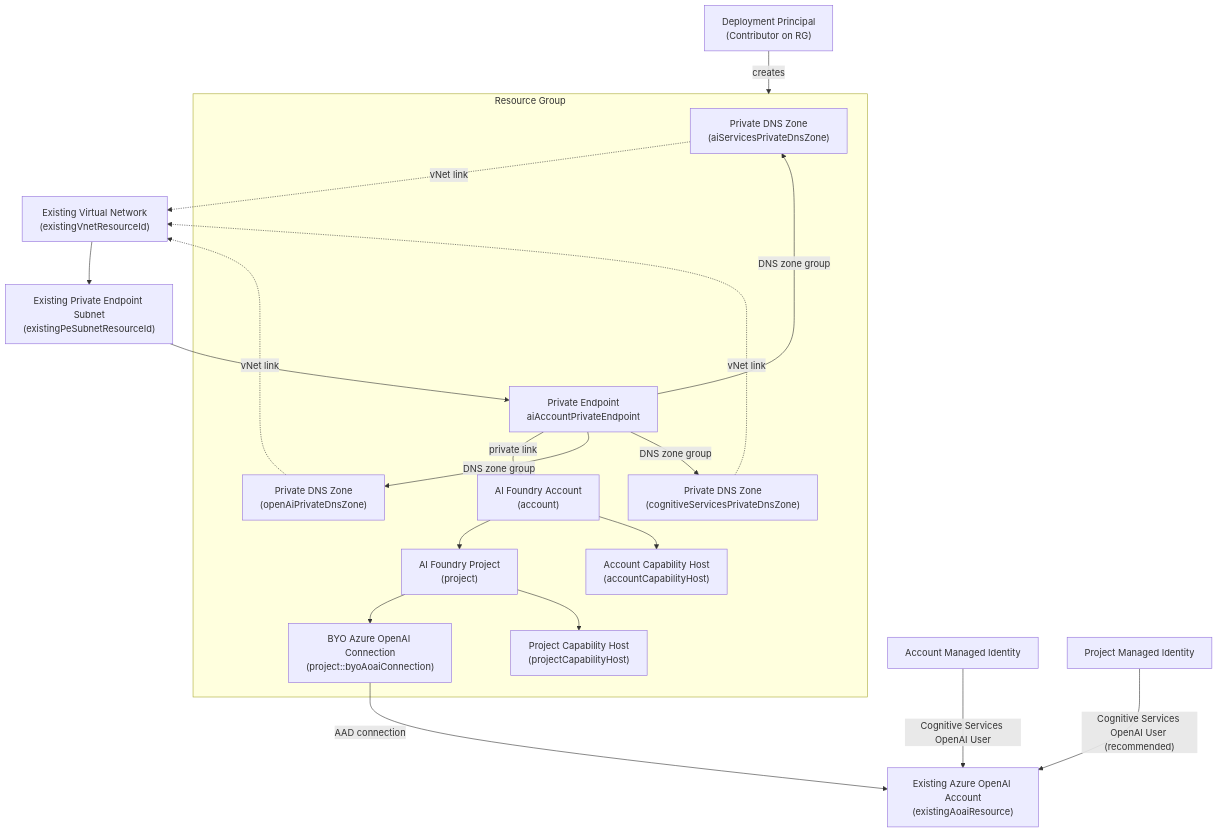
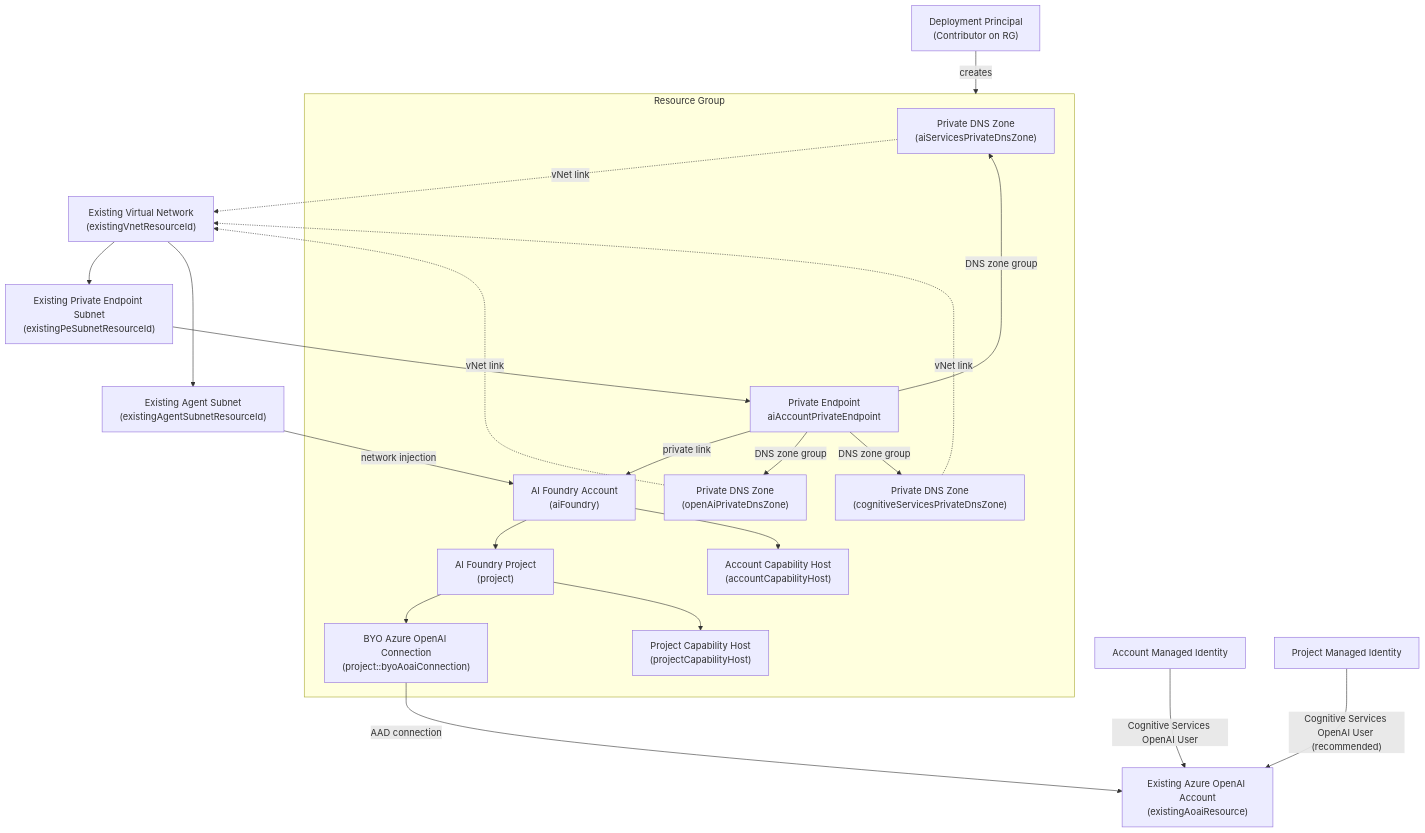
The diagram in Administration/Deployment_Configs/BYO_AOAI_wExisting_VNet/bicep/README.md (jakeatmsft/ai-foundry-craftkit), drawn with Mermaid before and after one commit. The commit also changed other lines of this file and 26 other files, not shown here.

````diff
--- a/Administration/Deployment_Configs/BYO_AOAI_wExisting_VNet/bicep/README.md
+++ b/Administration/Deployment_Configs/BYO_AOAI_wExisting_VNet/bicep/README.md
@@ -60,38 +64,41 @@
 ```mermaid
 graph TD
     Deployer["Deployment Principal\n(Contributor on RG)"]
     ExistingAOAI["Existing Azure OpenAI Account\n(existingAoaiResource)"]
     ExistingVNet["Existing Virtual Network\n(existingVnetResourceId)"]
     ExistingSubnet["Existing Private Endpoint Subnet\n(existingPeSubnetResourceId)"]
+    AgentSubnet["Existing Agent Subnet\n(existingAgentSubnetResourceId)"]
 
     subgraph RG["Resource Group"]
         DNSAIServices["Private DNS Zone\n(aiServicesPrivateDnsZone)"]
         DNSOpenAI["Private DNS Zone\n(openAiPrivateDnsZone)"]
         DNSCog["Private DNS Zone\n(cognitiveServicesPrivateDnsZone)"]
         PE["Private Endpoint\naiAccountPrivateEndpoint"]
-        Account["AI Foundry Account\n(account)"]
+        Account["AI Foundry Account\n(aiFoundry)"]
         Project["AI Foundry Project\n(project)"]
         Connection["BYO Azure OpenAI Connection\n(project::byoAoaiConnection)"]
         AccountHost["Account Capability Host\n(accountCapabilityHost)"]
         ProjectHost["Project Capability Host\n(projectCapabilityHost)"]
     end
 
     Deployer -->|"creates"| RG
     ExistingVNet --> ExistingSubnet
+    ExistingVNet --> AgentSubnet
     ExistingSubnet --> PE
     PE -->|"private link"| Account
+    AgentSubnet -->|"network injection"| Account
     DNSAIServices -. "vNet link" .-> ExistingVNet
     DNSOpenAI -. "vNet link" .-> ExistingVNet
     DNSCog -. "vNet link" .-> ExistingVNet
     PE -->|"DNS zone group"| DNSAIServices
     PE -->|"DNS zone group"| DNSOpenAI
     PE -->|"DNS zone group"| DNSCog
     Account --> Project
     Project --> Connection
     Account --> AccountHost
     Project --> ProjectHost
     Connection -->|"AAD connection"| ExistingAOAI
 
     AccountMI["Account Managed Identity"] -->|"Cognitive Services OpenAI User"| ExistingAOAI
     ProjectMI["Project Managed Identity"] -->|"Cognitive Services OpenAI User (recommended)"| ExistingAOAI
 ```
````
